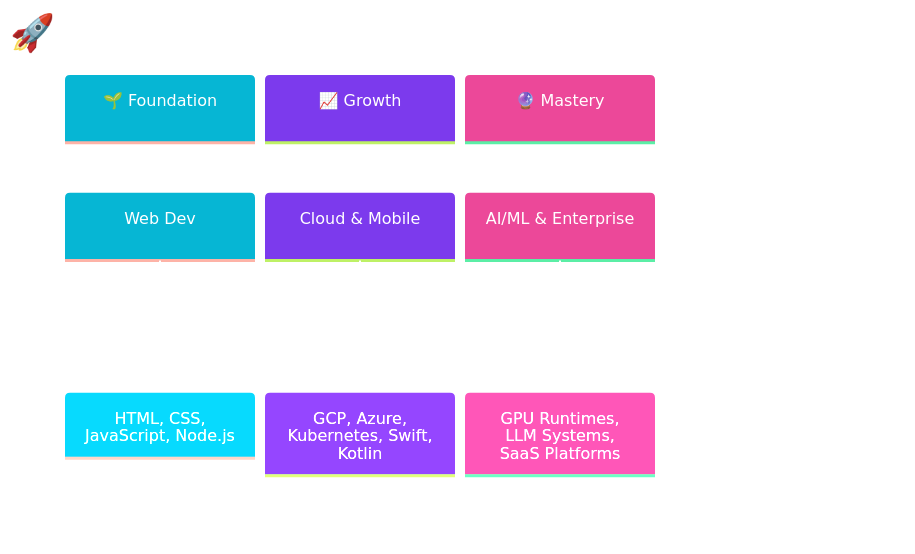
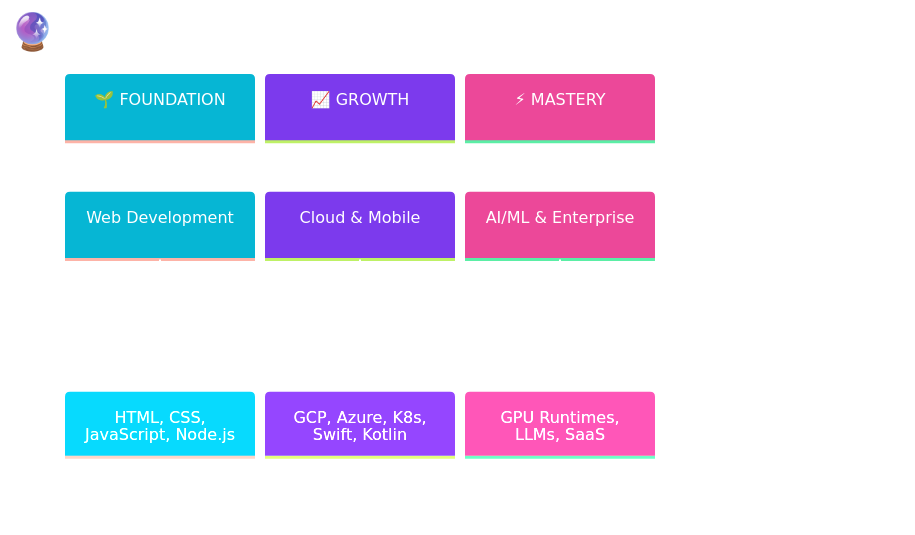
Before and after one commit to yash1511-bogam/yash1511-bogam: the third of 3 diagrams in README.md, drawn with Mermaid. The commit also changed other lines of this file, not shown here.

Commit message:
Crazy animated profile with Orbitron font, fixed mermaid colors

````diff
--- a/README.md
+++ b/README.md
@@ -149,11 +188,11 @@
 ```mermaid
-%%{init: {'theme': 'base', 'themeVariables': { 'primaryColor': '#7c3aed', 'primaryTextColor': '#ffffff', 'cScale0': '#06b6d4', 'cScale1': '#7c3aed', 'cScale2': '#ec4899'}}}%%
+%%{init: {'theme': 'base', 'themeVariables': { 'primaryColor': '#7c3aed', 'primaryTextColor': '#ffffff', 'cScale0': '#06b6d4', 'cScale1': '#7c3aed', 'cScale2': '#ec4899', 'cScaleLabel0': '#ffffff', 'cScaleLabel1': '#ffffff', 'cScaleLabel2': '#ffffff'}}}%%
 timeline
-    title 🚀 Evolution
-    section 🌱 Foundation
-        Web Dev : HTML, CSS, JavaScript, Node.js
-    section 📈 Growth  
-        Cloud & Mobile : GCP, Azure, Kubernetes, Swift, Kotlin
-    section 🔮 Mastery
-        AI/ML & Enterprise : GPU Runtimes, LLM Systems, SaaS Platforms
+    title 🔮 JOURNEY
+    section 🌱 FOUNDATION
+        Web Development : HTML, CSS, JavaScript, Node.js
+    section 📈 GROWTH  
+        Cloud & Mobile : GCP, Azure, K8s, Swift, Kotlin
+    section ⚡ MASTERY
+        AI/ML & Enterprise : GPU Runtimes, LLMs, SaaS
 ```
````
